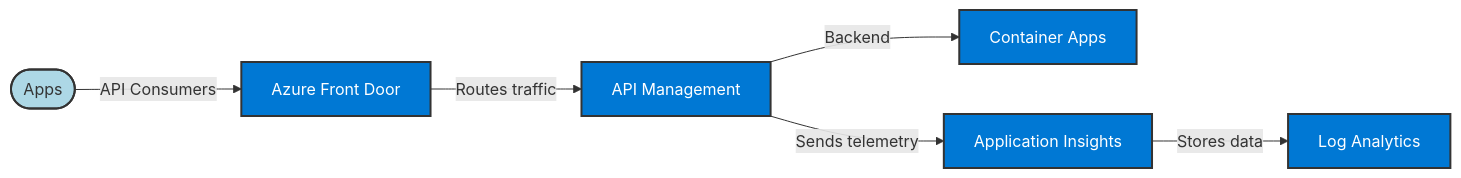
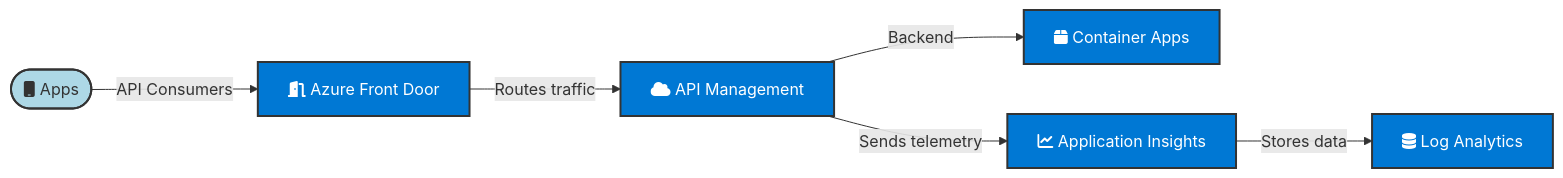
Before and after one commit to Azure-Samples/Apim-Samples: the diagram in assets/diagrams/src/afd-apim-aca-architecture.md, drawn with Mermaid. The commit also changed 5 other files, not shown here.

Commit message:
Add Font Awesome icons to Mermaid diagrams and document limitations

````diff
--- a/assets/diagrams/src/afd-apim-aca-architecture.md
+++ b/assets/diagrams/src/afd-apim-aca-architecture.md
@@ -3,18 +3,18 @@
 ```mermaid
 flowchart LR
-    apps([Apps]):::appStyle
-    afd[Azure Front Door]:::azureStyle
-    apim[API Management]:::azureStyle
-    aca[Container Apps]:::azureStyle
-    appinsights[Application Insights]:::azureStyle
-    loganalytics[Log Analytics]:::azureStyle
+    apps([fa:fa-mobile Apps]):::appStyle
+    afd[fa:fa-door-open Azure Front Door]:::azureStyle
+    apim[fa:fa-cloud API Management]:::azureStyle
+    aca[fa:fa-box Container Apps]:::azureStyle
+    appinsights[fa:fa-chart-line Application Insights]:::azureStyle
+    loganalytics[fa:fa-database Log Analytics]:::azureStyle
 
     apps -->|API Consumers| afd
     afd -->|Routes traffic| apim
     apim -->|Backend| aca
     apim -->|Sends telemetry| appinsights
     appinsights -->|Stores data| loganalytics
 
     classDef appStyle fill:#ADD8E6,stroke:#333,stroke-width:2px
     classDef azureStyle fill:#0078D4,stroke:#333,stroke-width:2px,color:#fff
 ```
````
